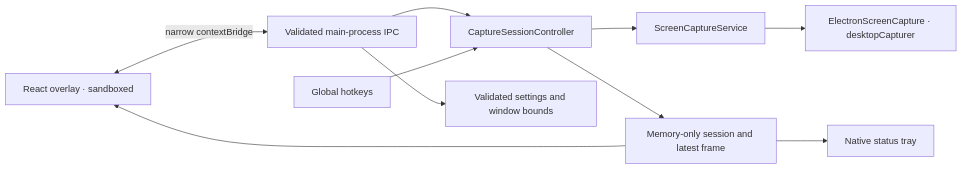
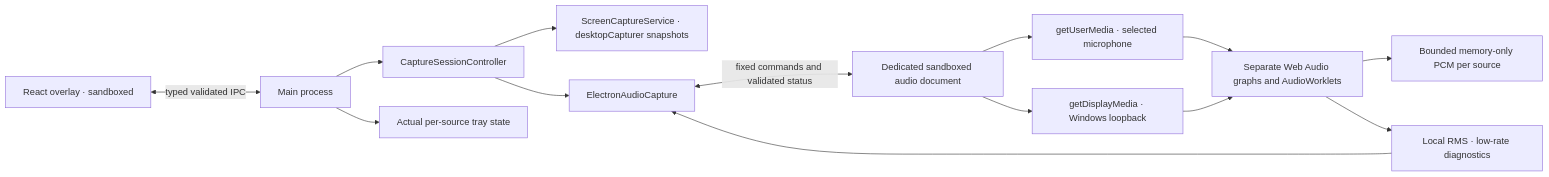
The diagram in docs/ARCHITECTURE.md (Vavoss123/EveryHint), drawn with Mermaid before and after one commit. The commit also changed other lines of this file and 32 other files, not shown here.

Commit message:
feat: add EveryHint microphone and system audio capture

````diff
--- a/docs/ARCHITECTURE.md
+++ b/docs/ARCHITECTURE.md
@@ -5,12 +5,16 @@
 ```mermaid
 flowchart LR
-  UI[React overlay · sandboxed] <-->|narrow contextBridge| IPC[Validated main-process IPC]
-  IPC --> Sessions[CaptureSessionController]
-  Sessions --> Capture[ScreenCaptureService]
-  Capture --> Native[ElectronScreenCapture · desktopCapturer]
-  Sessions --> State[Memory-only session and latest frame]
-  State --> UI
-  State --> Tray[Native status tray]
-  Keys[Global hotkeys] --> Sessions
-  IPC --> Settings[Validated settings and window bounds]
+  UI[React overlay · sandboxed] <-->|typed validated IPC| Main[Main process]
+  Main --> Session[CaptureSessionController]
+  Session --> Screens[ScreenCaptureService · desktopCapturer snapshots]
+  Session --> Host[ElectronAudioCapture]
+  Host <-->|fixed commands and validated status| Worker[Dedicated sandboxed audio document]
+  Worker --> Mic[getUserMedia · selected microphone]
+  Worker --> Loop[getDisplayMedia · Windows loopback]
+  Mic --> Worklets[Separate Web Audio graphs and AudioWorklets]
+  Loop --> Worklets
+  Worklets --> Buffers[Bounded memory-only PCM per source]
+  Worklets --> Meters[Local RMS · low-rate diagnostics]
+  Meters --> Host
+  Main --> Tray[Actual per-source tray state]
 ```
````
